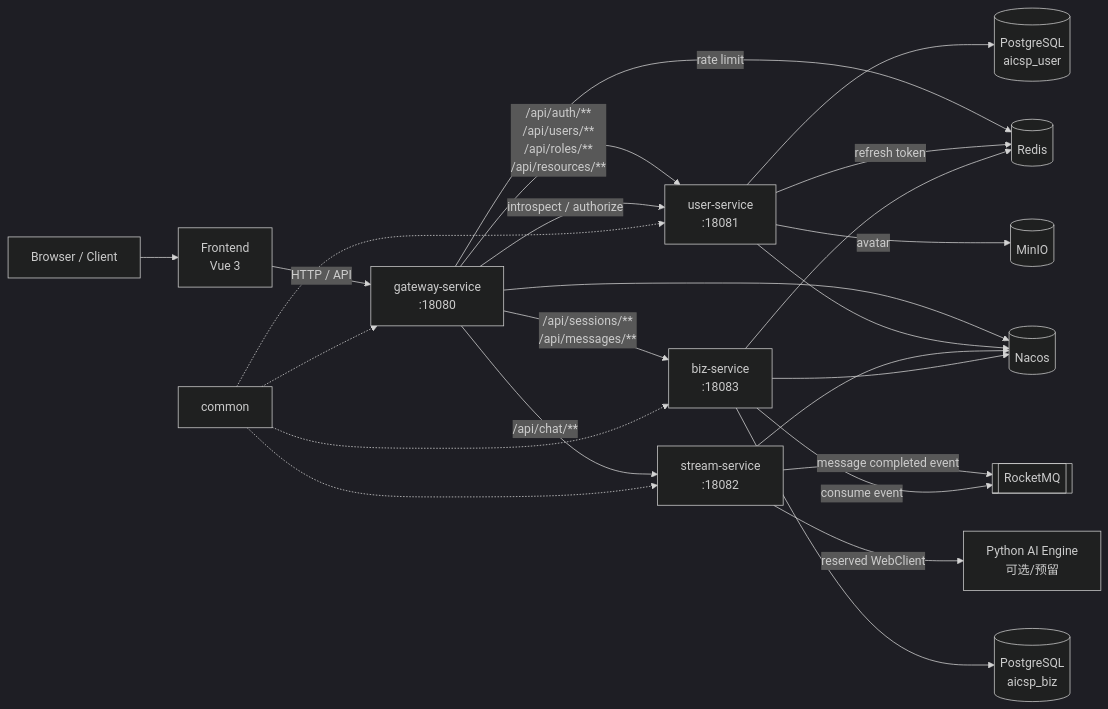
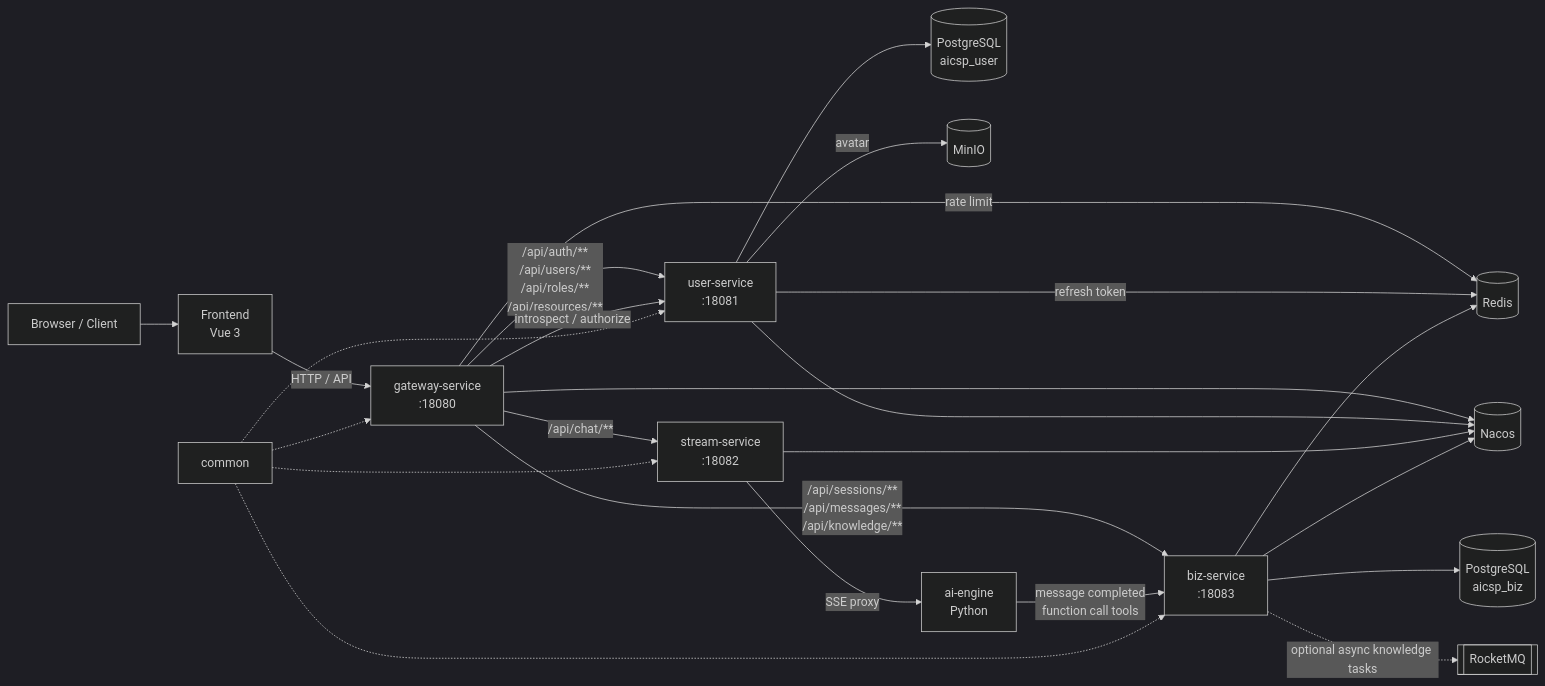
The first of 3 diagrams in README.md (Pymjl/ai-customer-service-platform), drawn with Mermaid (dark theme) before and after one commit. The commit also changed other lines of this file and 25 other files, not shown here.

````diff
--- a/README.md
+++ b/README.md
@@ -52,48 +55,48 @@
 ```mermaid
 flowchart LR
     Client["Browser / Client"]
     FE["Frontend<br/>Vue 3"]
     Gateway["gateway-service<br/>:18080"]
     User["user-service<br/>:18081"]
     Stream["stream-service<br/>:18082"]
     Biz["biz-service<br/>:18083"]
     Common["common"]
 
     UserDB[("PostgreSQL<br/>aicsp_user")]
     BizDB[("PostgreSQL<br/>aicsp_biz")]
     Redis[("Redis")]
     MQ[["RocketMQ"]]
     Nacos[("Nacos")]
     Minio[("MinIO")]
-    Python["Python AI Engine<br/>可选/预留"]
+    Python["ai-engine<br/>Python"]
 
     Client --> FE
     FE -->|"HTTP / API"| Gateway
 
     Gateway -->|"/api/auth/**<br/>/api/users/**<br/>/api/roles/**<br/>/api/resources/**"| User
     Gateway -->|"/api/chat/**"| Stream
-    Gateway -->|"/api/sessions/**<br/>/api/messages/**"| Biz
+    Gateway -->|"/api/sessions/**<br/>/api/messages/**<br/>/api/knowledge/**"| Biz
 
     Gateway -->|"rate limit"| Redis
     Gateway -->|"introspect / authorize"| User
     Gateway --> Nacos
 
     User --> UserDB
     User -->|"refresh token"| Redis
     User -->|"avatar"| Minio
     User --> Nacos
 
-    Stream -->|"message completed event"| MQ
-    Stream -->|"reserved WebClient"| Python
+    Stream -->|"SSE proxy"| Python
     Stream --> Nacos
 
     Biz --> BizDB
     Biz --> Redis
-    Biz -->|"consume event"| MQ
+    Biz -.->|"optional async knowledge tasks"| MQ
+    Python -->|"message completed<br/>function call tools"| Biz
     Biz --> Nacos
 
     Common -.-> Gateway
     Common -.-> User
     Common -.-> Stream
     Common -.-> Biz
 ```
````
